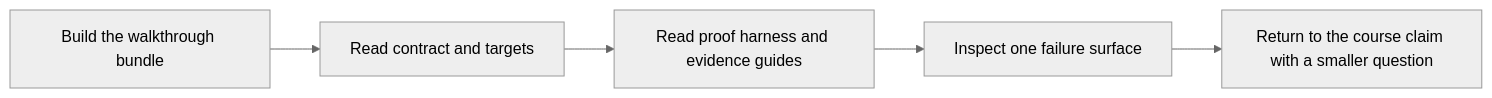
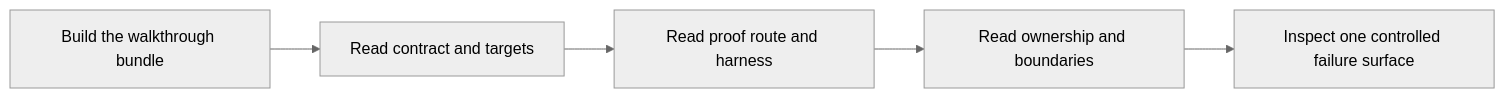
One commit to bijux/bijux-masterclass changed the second of 2 diagrams in programs/reproducible-research/deep-dive-make/capstone/docs/WALKTHROUGH_GUIDE.md. Above: the diagram before and after it, drawn with Mermaid (neutral theme). The commit also changed other lines of this file, not shown here.

````diff
--- a/programs/reproducible-research/deep-dive-make/capstone/docs/WALKTHROUGH_GUIDE.md
+++ b/programs/reproducible-research/deep-dive-make/capstone/docs/WALKTHROUGH_GUIDE.md
@@ -22,7 +21,7 @@
 ```mermaid
 flowchart LR
   route["Build the walkthrough bundle"] --> contract["Read contract and targets"]
-  contract --> harness["Read proof harness and evidence guides"]
-  harness --> failure["Inspect one failure surface"]
-  failure --> review["Return to the course claim with a smaller question"]
+  contract --> proof["Read proof route and harness"]
+  proof --> ownership["Read ownership and boundaries"]
+  ownership --> incident["Inspect one controlled failure surface"]
 ```
````
